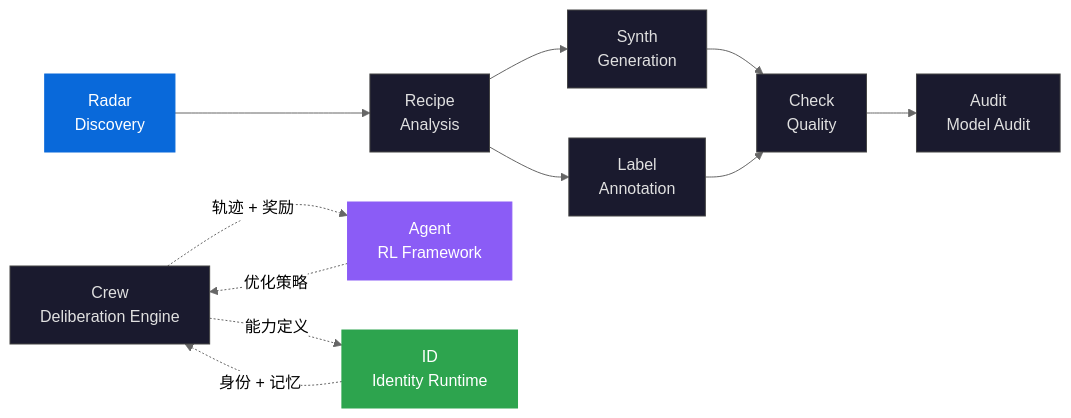
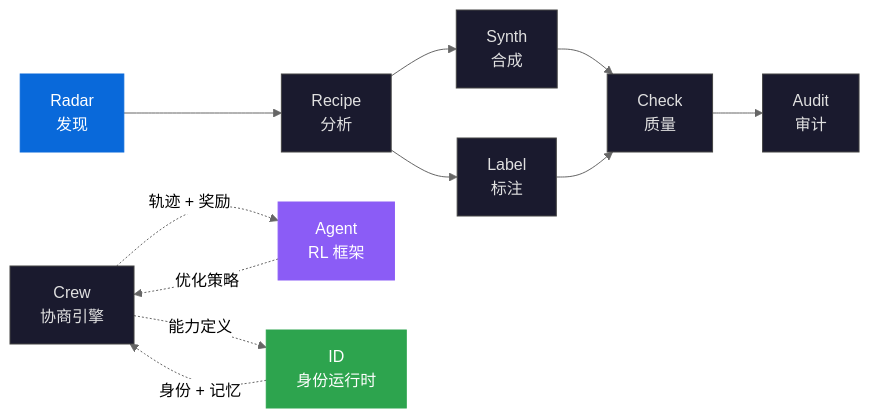
The second of 2 diagrams in README.zh-CN.md (liuxiaotong/ai-dataset-radar), drawn with Mermaid (neutral theme) before and after one commit. The commit also changed other lines of this file and 4 other files, not shown here.

````diff
--- a/README.zh-CN.md
+++ b/README.zh-CN.md
@@ -404,26 +404,26 @@
 ```mermaid
 graph LR
-    Radar["Radar<br/>Discovery"] --> Recipe["Recipe<br/>Analysis"]
-    Recipe --> Synth["Synth<br/>Generation"]
-    Recipe --> Label["Label<br/>Annotation"]
-    Synth --> Check["Check<br/>Quality"]
+    Radar["Radar<br/>发现"] --> Recipe["Recipe<br/>分析"]
+    Recipe --> Synth["Synth<br/>合成"]
+    Recipe --> Label["Label<br/>标注"]
+    Synth --> Check["Check<br/>质量"]
     Label --> Check
-    Check --> Audit["Audit<br/>Model Audit"]
-    Crew["Crew<br/>Deliberation Engine"]
-    Agent["Agent<br/>RL Framework"]
-    ID["ID<br/>Identity Runtime"]
+    Check --> Audit["Audit<br/>审计"]
+    Crew["Crew<br/>协商引擎"]
+    Agent["Agent<br/>RL 框架"]
+    ID["ID<br/>身份运行时"]
     Crew -.->|能力定义| ID
     ID -.->|身份 + 记忆| Crew
     Crew -.->|轨迹 + 奖励| Agent
     Agent -.->|优化策略| Crew
 
     style Radar fill:#0969da,color:#fff,stroke:#0969da
     style ID fill:#2da44e,color:#fff,stroke:#2da44e
     style Agent fill:#8b5cf6,color:#fff,stroke:#8b5cf6
     style Crew fill:#1a1a2e,color:#e0e0e0,stroke:#444
     style Recipe fill:#1a1a2e,color:#e0e0e0,stroke:#444
     style Synth fill:#1a1a2e,color:#e0e0e0,stroke:#444
     style Label fill:#1a1a2e,color:#e0e0e0,stroke:#444
     style Check fill:#1a1a2e,color:#e0e0e0,stroke:#444
     style Audit fill:#1a1a2e,color:#e0e0e0,stroke:#444
 ```
````
